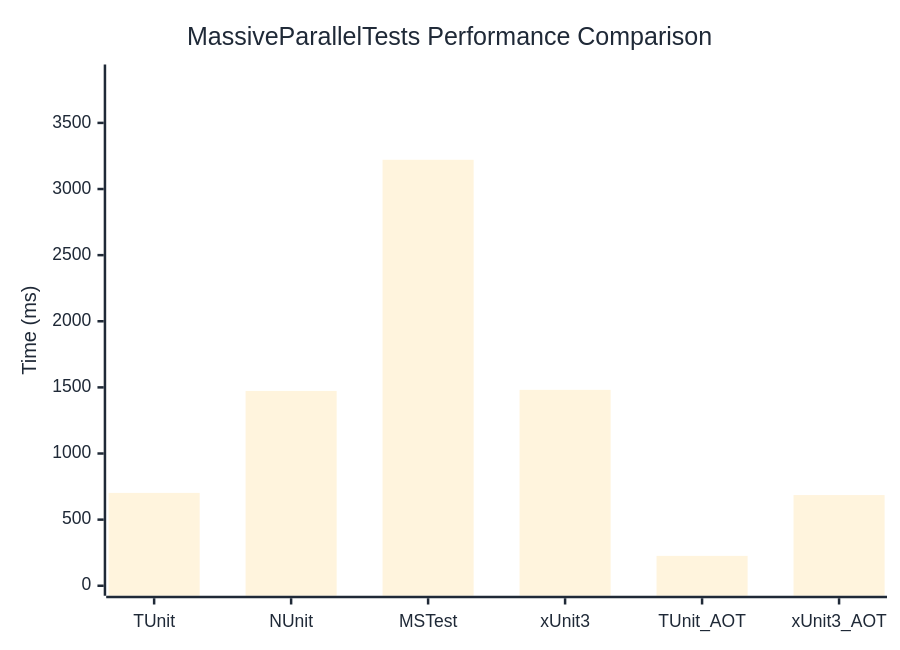
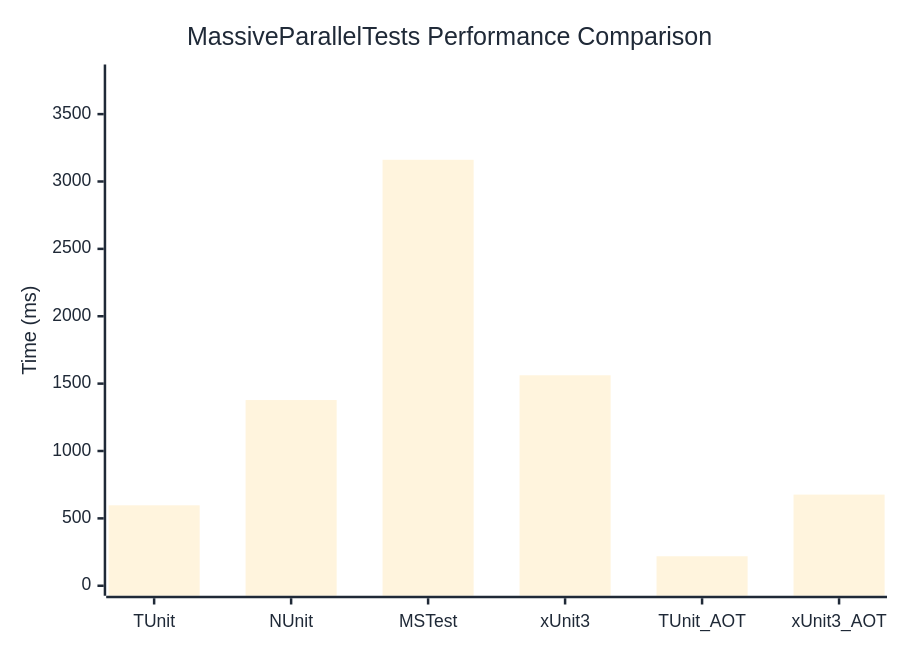
The diagram in docs/docs/benchmarks/engine/MassiveParallelTests.md (thomhurst/TUnit), drawn with Mermaid before and after one commit. The commit also changed other lines of this file and 18 other files, not shown here.

````diff
--- a/docs/docs/benchmarks/engine/MassiveParallelTests.md
+++ b/docs/docs/benchmarks/engine/MassiveParallelTests.md
@@ -30,37 +30,37 @@
 ```mermaid
 %%{init: {
   'theme':'base',
   'themeVariables': {
     'primaryColor': '#2563eb',
     'primaryTextColor': '#1f2937',
     'primaryBorderColor': '#1e40af',
     'lineColor': '#6b7280',
     'secondaryColor': '#7c3aed',
     'tertiaryColor': '#dc2626',
     'background': '#ffffff',
     'mainBkg': '#2563eb',
     'secondBkg': '#7c3aed',
     'tertiaryBkg': '#dc2626',
     'clusterBkg': '#f3f4f6',
     'edgeLabelBackground': '#ffffff',
     'tertiaryTextColor': '#1f2937',
     'pie1': '#2563eb',
     'pie2': '#7c3aed',
     'pie3': '#dc2626',
     'pie4': '#f59e0b',
     'pie5': '#10b981',
     'pie6': '#06b6d4',
     'pie7': '#ec4899',
     'pie8': '#6366f1',
     'pie9': '#84cc16',
     'pie10': '#f97316',
     'pie11': '#14b8a6',
     'pie12': '#a855f7'
   }
 }}%%
 xychart-beta
   title "MassiveParallelTests Performance Comparison"
   x-axis ["TUnit", "NUnit", "MSTest", "xUnit3", "TUnit_AOT", "xUnit3_AOT"]
-  y-axis "Time (ms)" 0 --> 3866
-  bar [702.2, 1473.2, 3221.1, 1481.3, 226, 685.6]
+  y-axis "Time (ms)" 0 --> 3794
+  bar [597, 1378.1, 3161, 1561.9, 218.9, 676.5]
 ```
````
